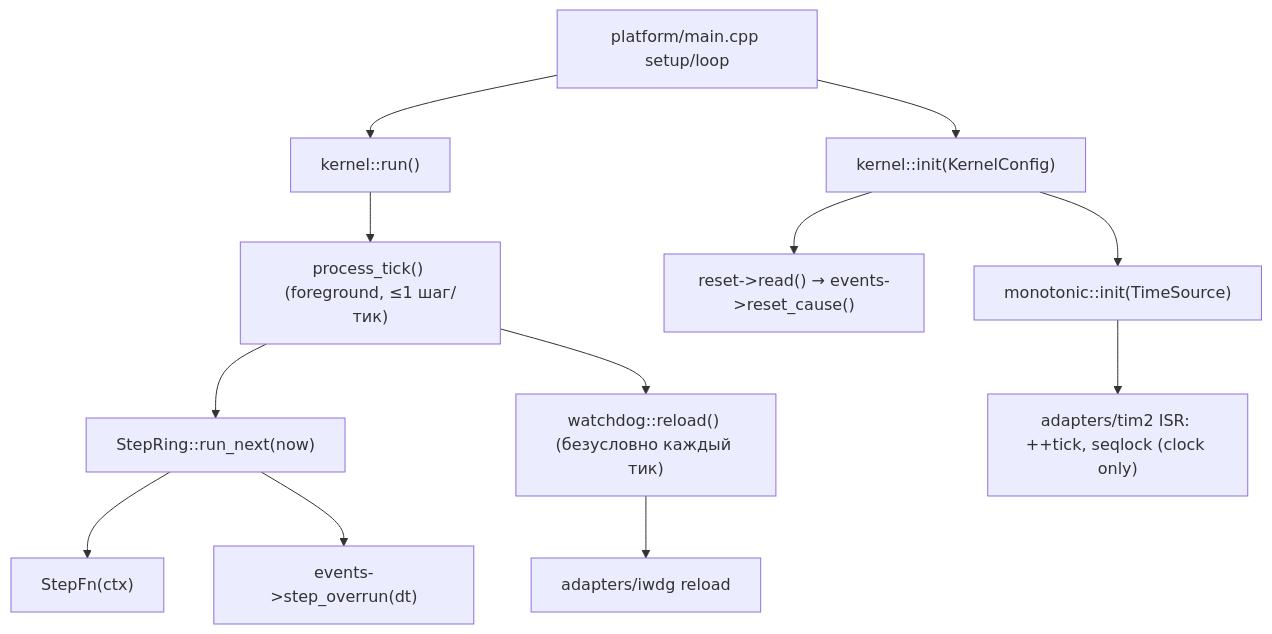
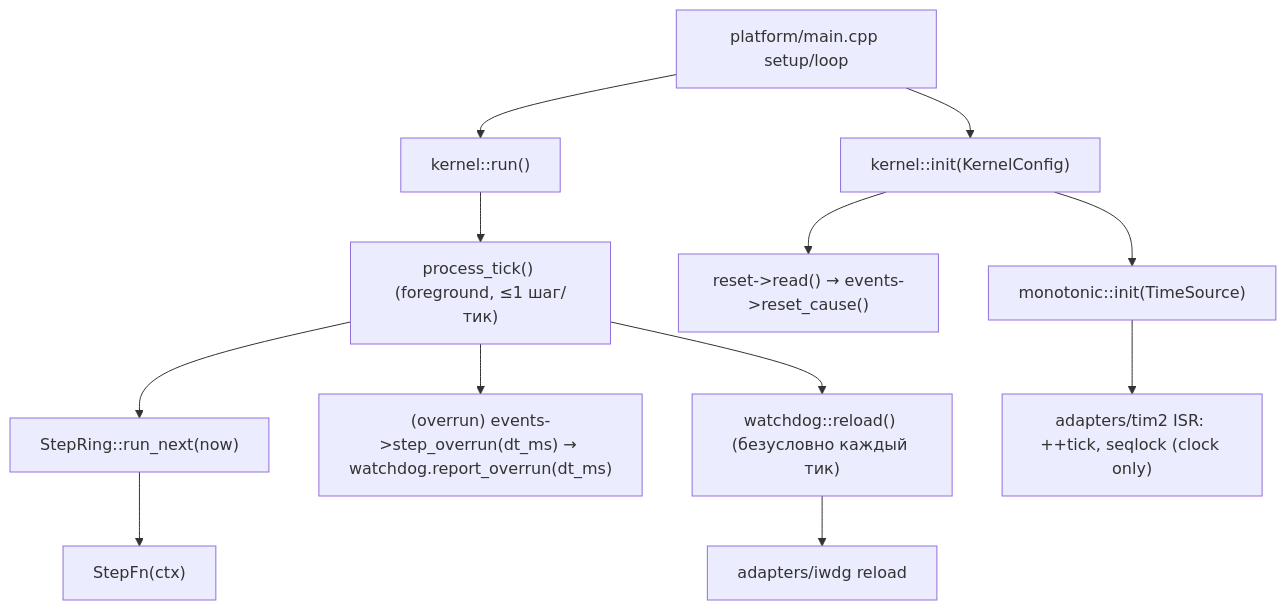
The second of 3 diagrams in docs/execution-foundation-design-v3.md (Driadix/ShuttleControllerV3), drawn with Mermaid before and after one commit. The commit also changed other lines of this file, not shown here.

````diff
--- a/docs/execution-foundation-design-v3.md
+++ b/docs/execution-foundation-design-v3.md
@@ -379,14 +414,14 @@
 ```mermaid
 flowchart TD
     MAIN["platform/main.cpp setup/loop"] --> INIT["kernel::init(KernelConfig)"]
     MAIN --> RUN["kernel::run()"]
     RUN --> PT["process_tick() (foreground, ≤1 шаг/тик)"]
     PT --> RN["StepRing::run_next(now)"]
     RN --> FN["StepFn(ctx)"]
-    RN --> OVR["events->step_overrun(dt)"]
+    PT --> OVR["(overrun) events->step_overrun(dt_ms) → watchdog.report_overrun(dt_ms)"]
     PT --> WDG["watchdog::reload() (безусловно каждый тик)"]
     INIT --> RC["reset->read() → events->reset_cause()"]
     INIT --> MONO["monotonic::init(TimeSource)"]
     MONO --> TIM2["adapters/tim2 ISR: ++tick, seqlock (clock only)"]
     WDG --> IWDG["adapters/iwdg reload"]
 ```
````
